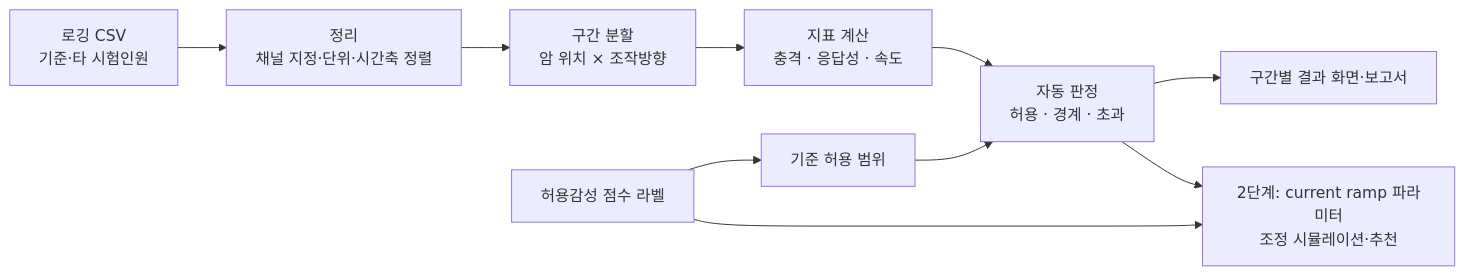
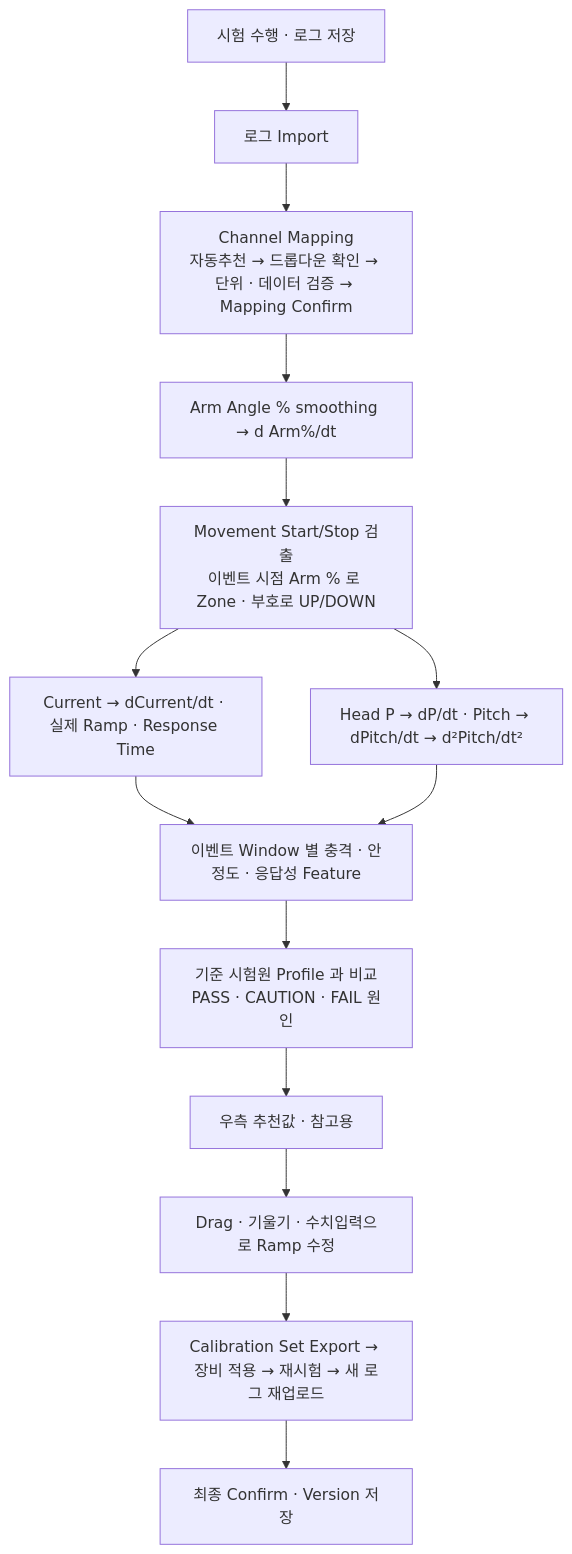
The diagram in docs/01_프로젝트_기획서.md (aebonlee/data09-09), drawn with Mermaid before and after one commit. The commit also changed other lines of this file and 25 other files, not shown here.

Commit message:
1단계 개발 — 로더 암 Current Ramp Calibration 도구, 기획서 v0.2 (DRM 해제본·ChannelMapping 판 반영)

````diff
--- a/docs/01_프로젝트_기획서.md
+++ b/docs/01_프로젝트_기획서.md
@@ -51,12 +112,16 @@
 ```mermaid
-flowchart LR
-  A[로깅 CSV<br/>기준·타 시험인원] --> B[정리<br/>채널 지정·단위·시간축 정렬]
-  B --> C[구간 분할<br/>암 위치 × 조작방향]
-  C --> D[지표 계산<br/>충격 · 응답성 · 속도]
-  L[허용감성 점수 라벨] --> E[기준 허용 범위]
-  D --> F[자동 판정<br/>허용 · 경계 · 초과]
-  E --> F
-  F --> G[구간별 결과 화면·보고서]
-  F --> H[2단계: current ramp 파라미터<br/>조정 시뮬레이션·추천]
-  L --> H
+flowchart TD
+  A[시험 수행 · 로그 저장] --> B[로그 Import]
+  B --> M[Channel Mapping<br/>자동추천 → 드롭다운 확인 → 단위 · 데이터 검증 → Mapping Confirm]
+  M --> C[Arm Angle % smoothing → d Arm%/dt]
+  C --> D[Movement Start/Stop 검출<br/>이벤트 시점 Arm % 로 Zone · 부호로 UP/DOWN]
+  D --> E[Current → dCurrent/dt · 실제 Ramp · Response Time]
+  D --> F[Head P → dP/dt · Pitch → dPitch/dt → d²Pitch/dt²]
+  E --> G[이벤트 Window 별 충격 · 안정도 · 응답성 Feature]
+  F --> G
+  G --> H[기준 시험원 Profile 과 비교<br/>PASS · CAUTION · FAIL 원인]
+  H --> I[우측 추천값 · 참고용]
+  I --> J[Drag · 기울기 · 수치입력으로 Ramp 수정]
+  J --> K[Calibration Set Export → 장비 적용 → 재시험 → 새 로그 재업로드]
+  K --> L[최종 Confirm · Version 저장]
 ```
````
